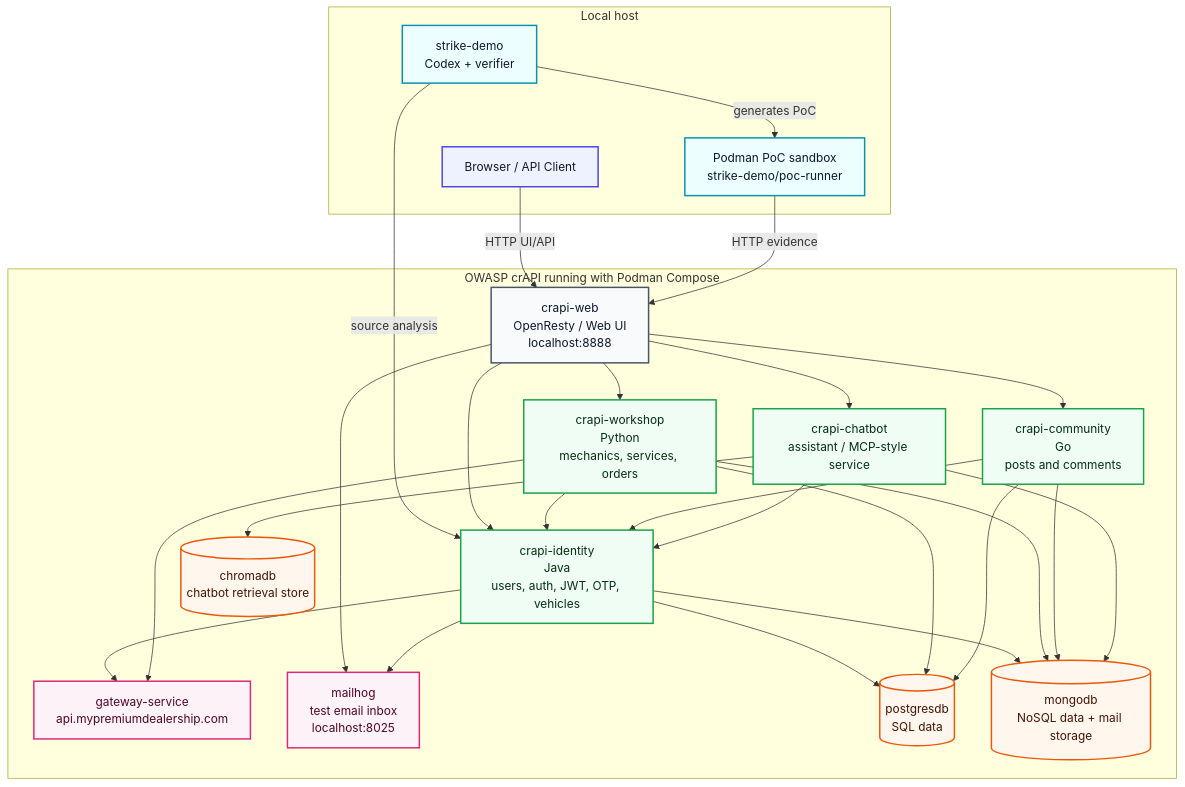
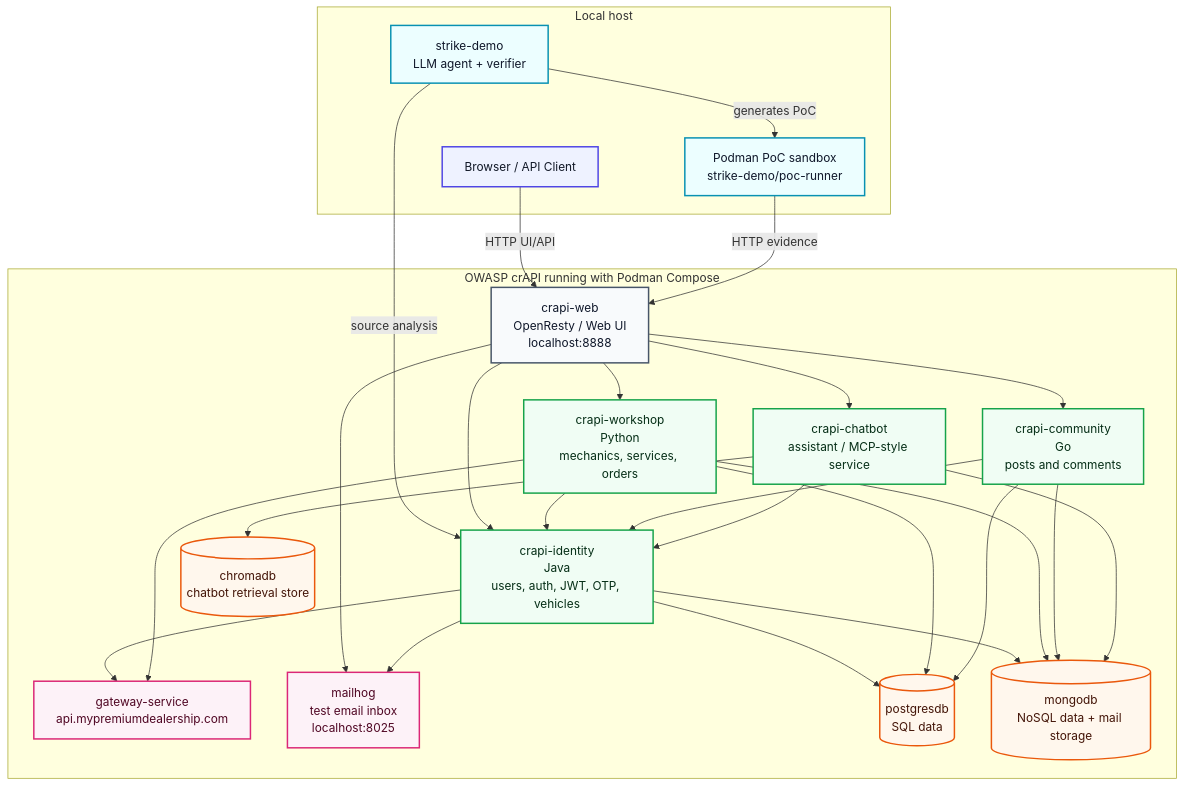
One commit to calasius/agentic-api-verifier changed the diagram in README.md. Above: the diagram before and after it, drawn with Mermaid. The commit also changed other lines of this file and 6 other files, not shown here.

````diff
--- a/README.md
+++ b/README.md
@@ -32,68 +49,68 @@
 ```mermaid
 flowchart TB
     user["Browser / API Client"]
-    demo["strike-demo<br/>Codex + verifier"]
+    demo["strike-demo<br/>LLM agent + verifier"]
     sandbox["Podman PoC sandbox<br/>strike-demo/poc-runner"]
 
     subgraph host["Local host"]
         user
         demo
         sandbox
     end
 
     subgraph crapi["OWASP crAPI running with Podman Compose"]
         web["crapi-web<br/>OpenResty / Web UI<br/>localhost:8888"]
         identity["crapi-identity<br/>Java<br/>users, auth, JWT, OTP, vehicles"]
         workshop["crapi-workshop<br/>Python<br/>mechanics, services, orders"]
         community["crapi-community<br/>Go<br/>posts and comments"]
         chatbot["crapi-chatbot<br/>assistant / MCP-style service"]
         gateway["gateway-service<br/>api.mypremiumdealership.com"]
         mailhog["mailhog<br/>test email inbox<br/>localhost:8025"]
         postgres[("postgresdb<br/>SQL data")]
         mongo[("mongodb<br/>NoSQL data + mail storage")]
         chroma[("chromadb<br/>chatbot retrieval store")]
     end
 
     user -->|"HTTP UI/API"| web
     demo -->|"source analysis"| identity
     demo -->|"generates PoC"| sandbox
     sandbox -->|"HTTP evidence"| web
 
     web --> identity
     web --> workshop
     web --> community
     web --> chatbot
     web --> mailhog
 
     identity --> postgres
     identity --> mongo
     identity --> mailhog
     identity --> gateway
 
     workshop --> postgres
     workshop --> mongo
     workshop --> identity
     workshop --> gateway
 
     community --> postgres
     community --> mongo
     community --> identity
 
     chatbot --> identity
     chatbot --> mongo
     chatbot --> chroma
 
     classDef external fill:#eef2ff,stroke:#4f46e5,color:#111827,stroke-width:2px;
     classDef demoNode fill:#ecfeff,stroke:#0891b2,color:#0f172a,stroke-width:2px;
     classDef edge fill:#f8fafc,stroke:#475569,color:#0f172a,stroke-width:2px;
     classDef service fill:#f0fdf4,stroke:#16a34a,color:#052e16,stroke-width:2px;
     classDef data fill:#fff7ed,stroke:#ea580c,color:#431407,stroke-width:2px;
     classDef infra fill:#fdf2f8,stroke:#db2777,color:#500724,stroke-width:2px;
 
     class user external;
     class demo,sandbox demoNode;
     class web edge;
     class identity,workshop,community,chatbot service;
     class postgres,mongo,chroma data;
     class mailhog,gateway infra;
 ```
````
